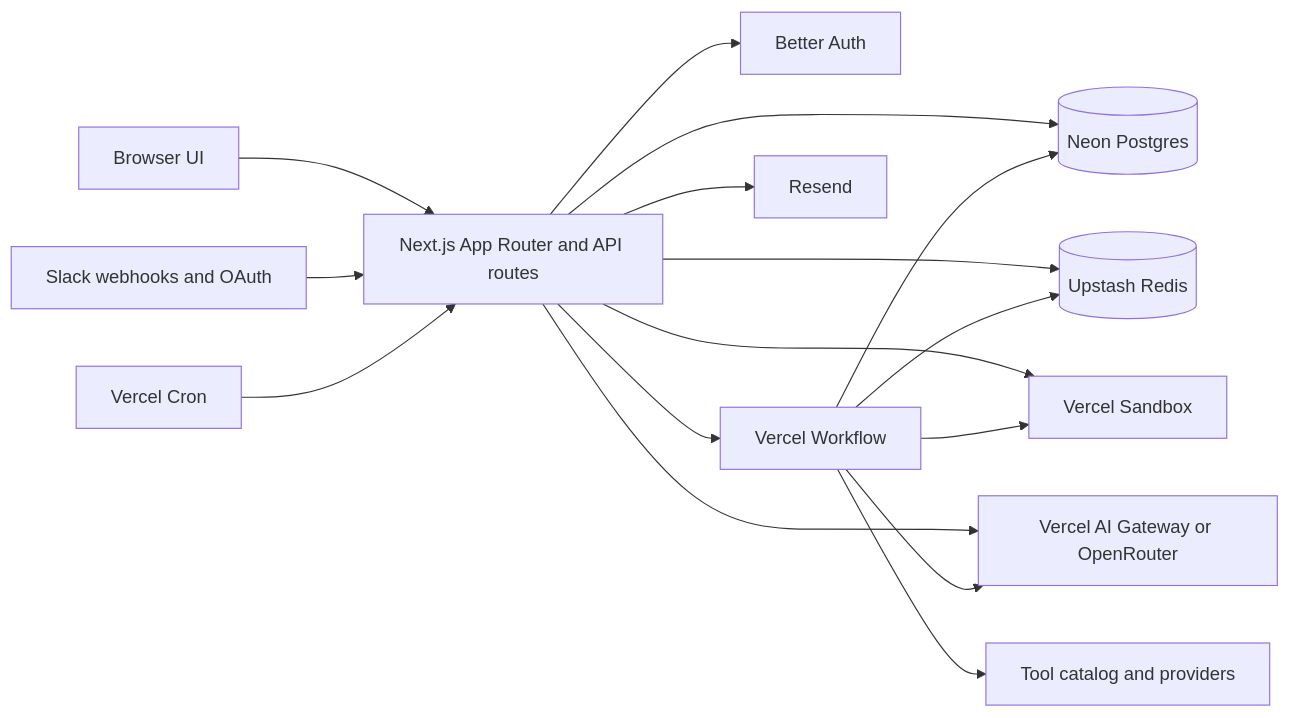
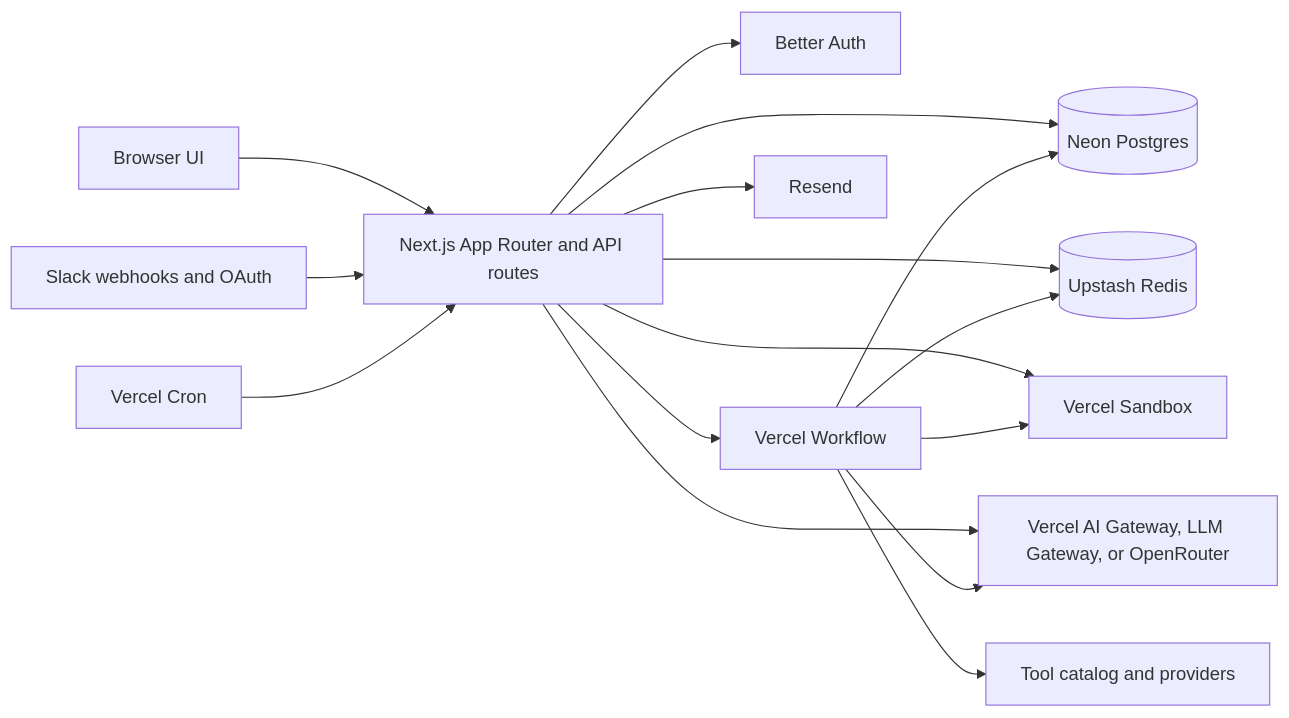
One commit to TommyBez/outname changed the first of 2 diagrams in docs/ARCHITECTURE.md. Above: the diagram before and after it, drawn with Mermaid. The commit also changed 26 other files, not shown here.

First line of the commit message:
Add LLM Gateway inference provider (#194)

````diff
--- a/docs/ARCHITECTURE.md
+++ b/docs/ARCHITECTURE.md
@@ -11,20 +11,20 @@
 ```mermaid
 flowchart LR
   Browser[Browser UI] --> Next[Next.js App Router and API routes]
   Slack[Slack webhooks and OAuth] --> Next
   Cron[Vercel Cron] --> Next
 
   Next --> Auth[Better Auth]
   Next --> DB[(Neon Postgres)]
   Next --> Redis[(Upstash Redis)]
   Next --> Workflow[Vercel Workflow]
   Next --> Resend[Resend]
 
-  Next --> Inference[Vercel AI Gateway or OpenRouter]
+  Next --> Inference[Vercel AI Gateway, LLM Gateway, or OpenRouter]
   Next --> Sandbox[Vercel Sandbox]
   Workflow --> Sandbox
   Workflow --> Inference
   Workflow --> DB
   Workflow --> Redis
   Workflow --> Tools[Tool catalog and providers]
 ```
````
